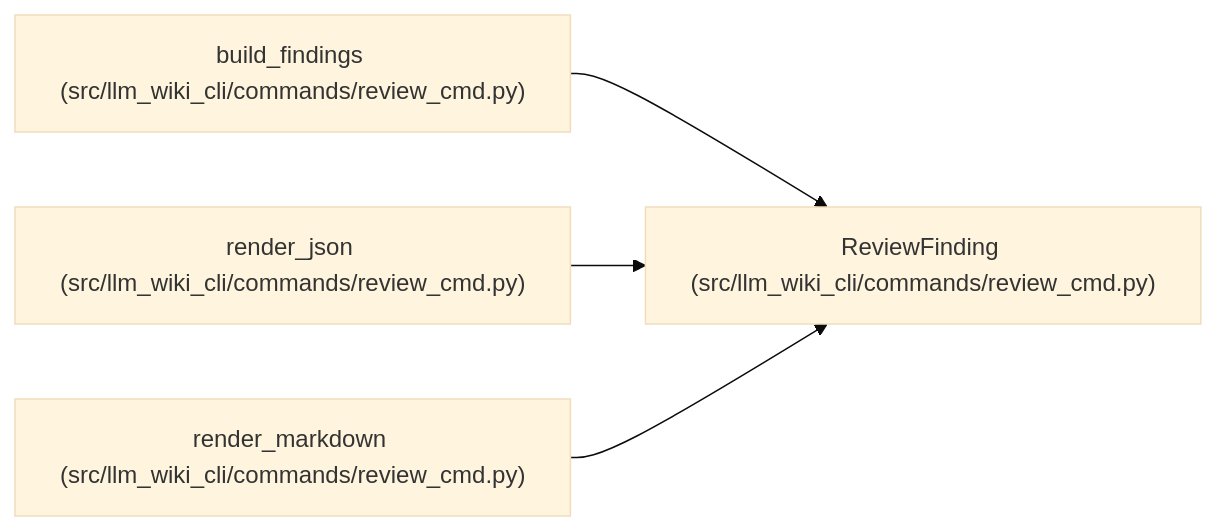
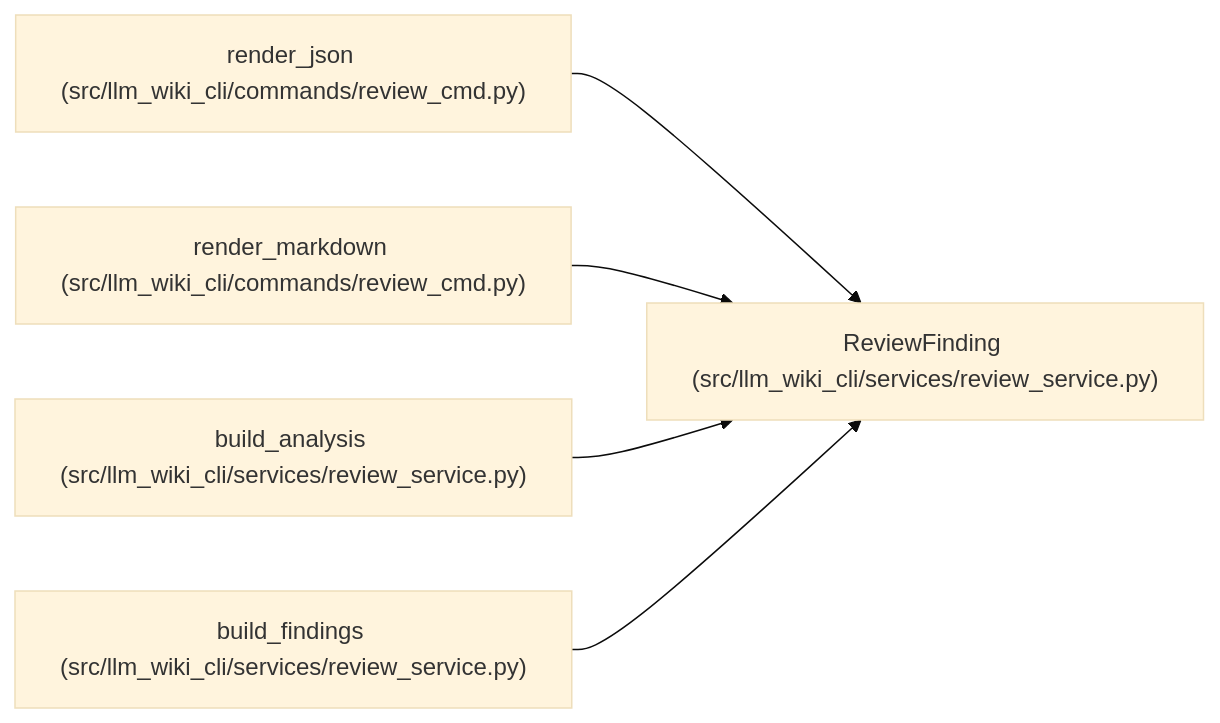
The diagram in docs/llm_wiki/entities/ReviewFinding.md (Denissvgn/python-wiki-llm), drawn with Mermaid (base theme) before and after one commit. The commit also changed other lines of this file and 152 other files, not shown here.

````diff
--- a/docs/llm_wiki/entities/ReviewFinding.md
+++ b/docs/llm_wiki/entities/ReviewFinding.md
@@ -31,14 +31,17 @@
 ```mermaid
 flowchart LR
-    n0["ReviewFinding (src/llm_wiki_cli/commands/review_cmd.py)"]
-    n1["build_findings (src/llm_wiki_cli/commands/review_cmd.py)"]
-    n2["render_json (src/llm_wiki_cli/commands/review_cmd.py)"]
-    n3["render_markdown (src/llm_wiki_cli/commands/review_cmd.py)"]
+    n0["ReviewFinding (src/llm_wiki_cli/services/review_service.py)"]
+    n1["render_json (src/llm_wiki_cli/commands/review_cmd.py)"]
+    n2["render_markdown (src/llm_wiki_cli/commands/review_cmd.py)"]
+    n3["build_analysis (src/llm_wiki_cli/services/review_service.py)"]
+    n4["build_findings (src/llm_wiki_cli/services/review_service.py)"]
     n1 --> n0
     n2 --> n0
     n3 --> n0
-    click n0 "../modules/review_cmd.md"
+    n4 --> n0
+    click n0 "../modules/review_service.md"
     click n1 "../modules/review_cmd.md"
     click n2 "../modules/review_cmd.md"
-    click n3 "../modules/review_cmd.md"
+    click n3 "../modules/review_service.md"
+    click n4 "../modules/review_service.md"
 ```
````
